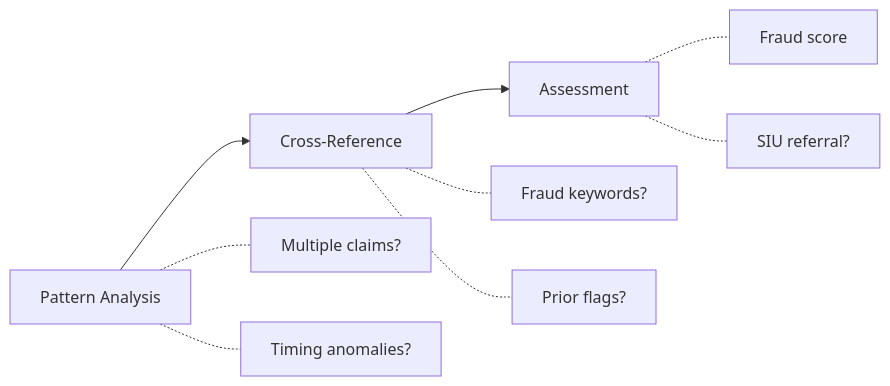
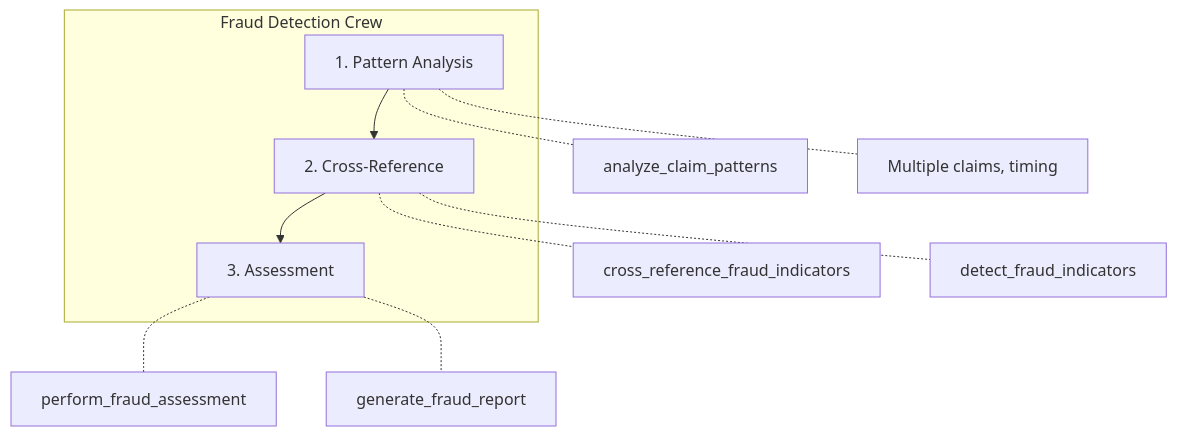
The fifth of 6 diagrams in docs/crews.md (csmangum/auto-agent), drawn with Mermaid before and after one commit. The commit also changed other lines of this file and 2 other files, not shown here.

First line of the commit message:
Formalize Fraud Detection Flow (closes #60)

````diff
--- a/docs/crews.md
+++ b/docs/crews.md
@@ -237,13 +246,15 @@
 ```mermaid
-flowchart LR
-    A[Pattern Analysis] --> B[Cross-Reference] --> C[Assessment]
+flowchart TB
+    subgraph Fraud["Fraud Detection Crew"]
+        A[1. Pattern Analysis] --> B[2. Cross-Reference] --> C[3. Assessment]
+    end
     
-    A -.- A1[Multiple claims?]
-    A -.- A2[Timing anomalies?]
+    A -.- A1[analyze_claim_patterns]
+    A -.- A2[Multiple claims, timing]
     
-    B -.- B1[Fraud keywords?]
-    B -.- B2[Prior flags?]
+    B -.- B1[cross_reference_fraud_indicators]
+    B -.- B2[detect_fraud_indicators]
     
-    C -.- C1[Fraud score]
-    C -.- C2[SIU referral?]
+    C -.- C1[perform_fraud_assessment]
+    C -.- C2[generate_fraud_report]
 ```
````
